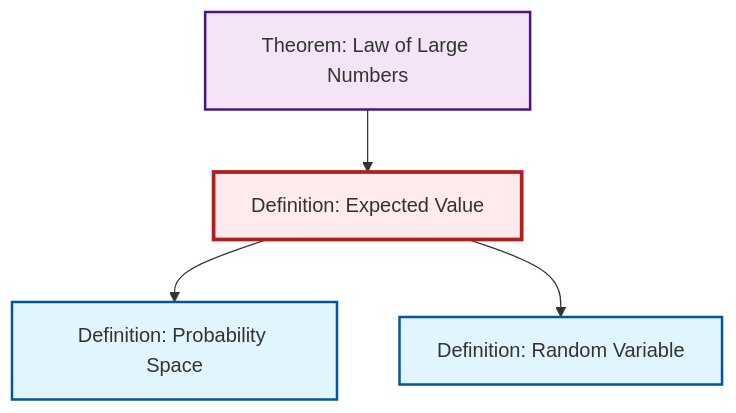
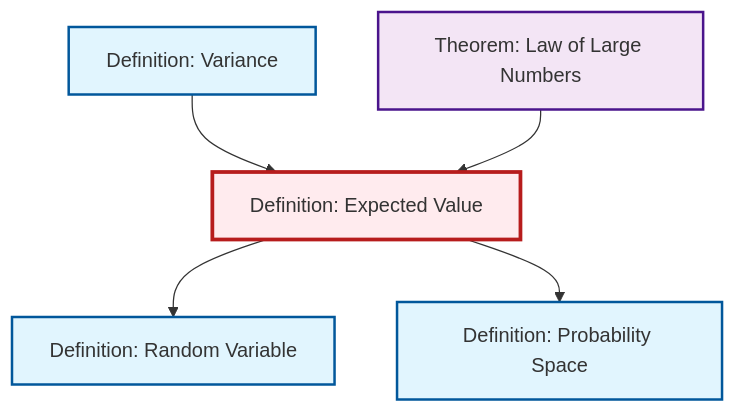
Before and after one commit to RK0429/ModernMath: the diagram in output/mermaid/def-expectation.mermaid, drawn with Mermaid. The commit also changed 474 other files, not shown here.

```diff
--- a/output/mermaid/def-expectation.mermaid
+++ b/output/mermaid/def-expectation.mermaid
@@ -1,15 +1,17 @@
 %%| fig-cap: "Local dependency graph"
 graph TD
     classDef definition fill:#e1f5fe,stroke:#01579b,stroke-width:2px
     classDef theorem fill:#f3e5f5,stroke:#4a148c,stroke-width:2px
     classDef axiom fill:#fff3e0,stroke:#e65100,stroke-width:2px
     classDef example fill:#e8f5e9,stroke:#1b5e20,stroke-width:2px
     classDef current fill:#ffebee,stroke:#b71c1c,stroke-width:3px
+    thm-law-of-large-numbers["Theorem: Law of Large Numbers"]:::theorem
+    def-expectation["Definition: Expected Value"]:::definition
     def-random-variable["Definition: Random Variable"]:::definition
     def-probability-space["Definition: Probability Space"]:::definition
-    thm-law-of-large-numbers["Theorem: Law of Large Numbers"]:::theorem
-    def-expectation["Definition: Expected Value"]:::definition
+    def-variance["Definition: Variance"]:::definition
+    def-expectation --> def-random-variable
+    def-variance --> def-expectation
     thm-law-of-large-numbers --> def-expectation
     def-expectation --> def-probability-space
-    def-expectation --> def-random-variable
     class def-expectation current
```
